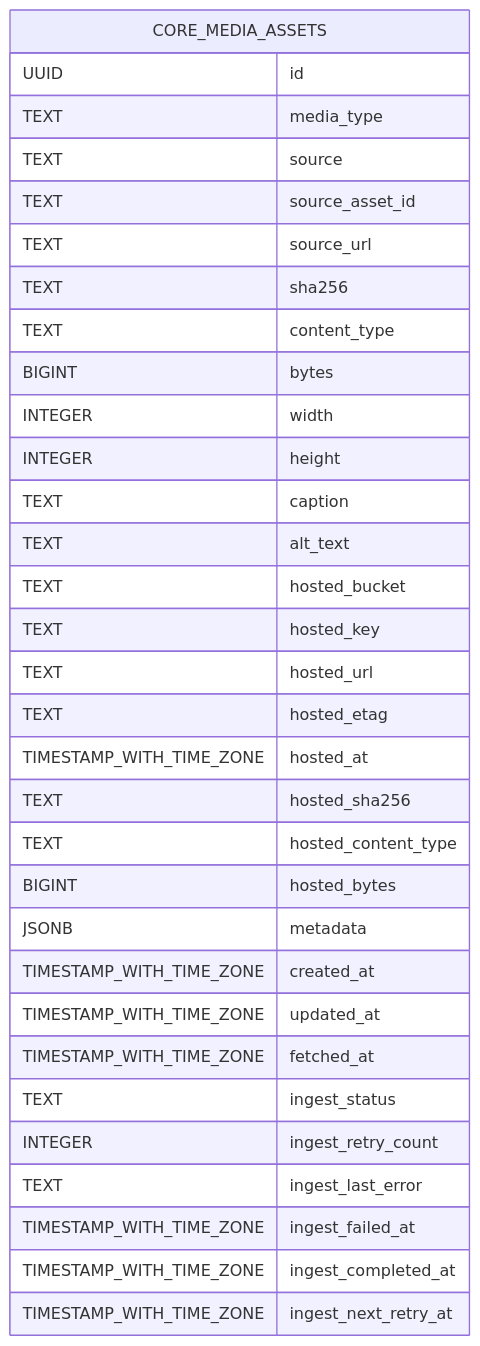
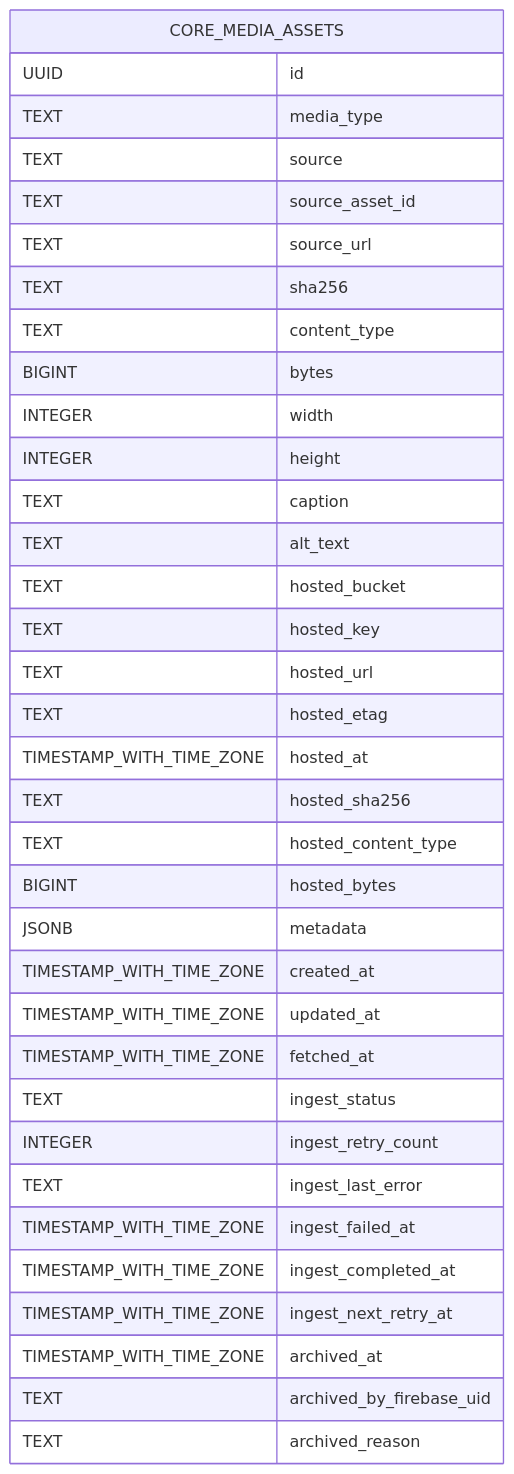
Before and after one commit to therealityreport/trr-backend: the diagram in supabase/schema_docs/diagrams/core.media_assets.mermaid.md, drawn with Mermaid. The commit also changed 25 other files, not shown here.

````diff
--- a/supabase/schema_docs/diagrams/core.media_assets.mermaid.md
+++ b/supabase/schema_docs/diagrams/core.media_assets.mermaid.md
@@ -4,35 +4,38 @@
 ```mermaid
 erDiagram
     CORE_MEDIA_ASSETS {
         UUID id
         TEXT media_type
         TEXT source
         TEXT source_asset_id
         TEXT source_url
         TEXT sha256
         TEXT content_type
         BIGINT bytes
         INTEGER width
         INTEGER height
         TEXT caption
         TEXT alt_text
         TEXT hosted_bucket
         TEXT hosted_key
         TEXT hosted_url
         TEXT hosted_etag
         TIMESTAMP_WITH_TIME_ZONE hosted_at
         TEXT hosted_sha256
         TEXT hosted_content_type
         BIGINT hosted_bytes
         JSONB metadata
         TIMESTAMP_WITH_TIME_ZONE created_at
         TIMESTAMP_WITH_TIME_ZONE updated_at
         TIMESTAMP_WITH_TIME_ZONE fetched_at
         TEXT ingest_status
         INTEGER ingest_retry_count
         TEXT ingest_last_error
         TIMESTAMP_WITH_TIME_ZONE ingest_failed_at
         TIMESTAMP_WITH_TIME_ZONE ingest_completed_at
         TIMESTAMP_WITH_TIME_ZONE ingest_next_retry_at
+        TIMESTAMP_WITH_TIME_ZONE archived_at
+        TEXT archived_by_firebase_uid
+        TEXT archived_reason
     }
 ```
````
